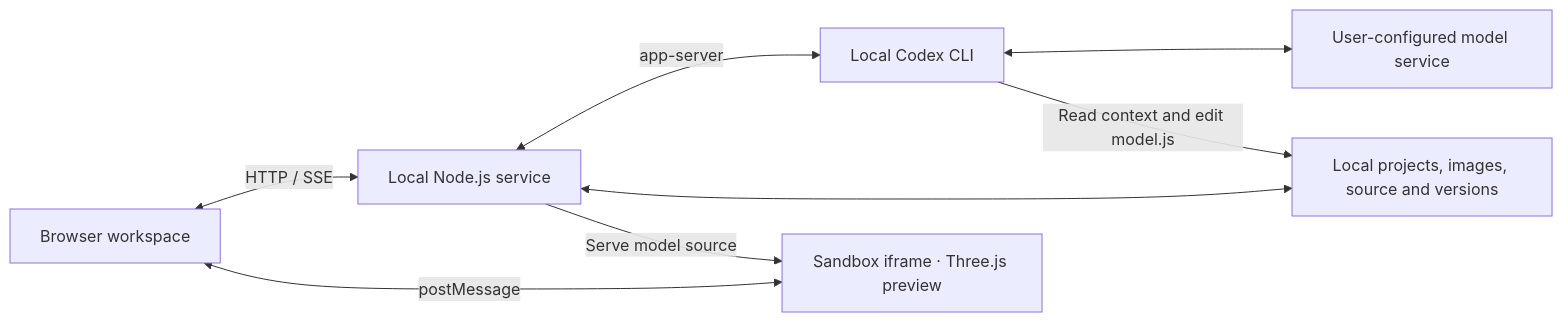
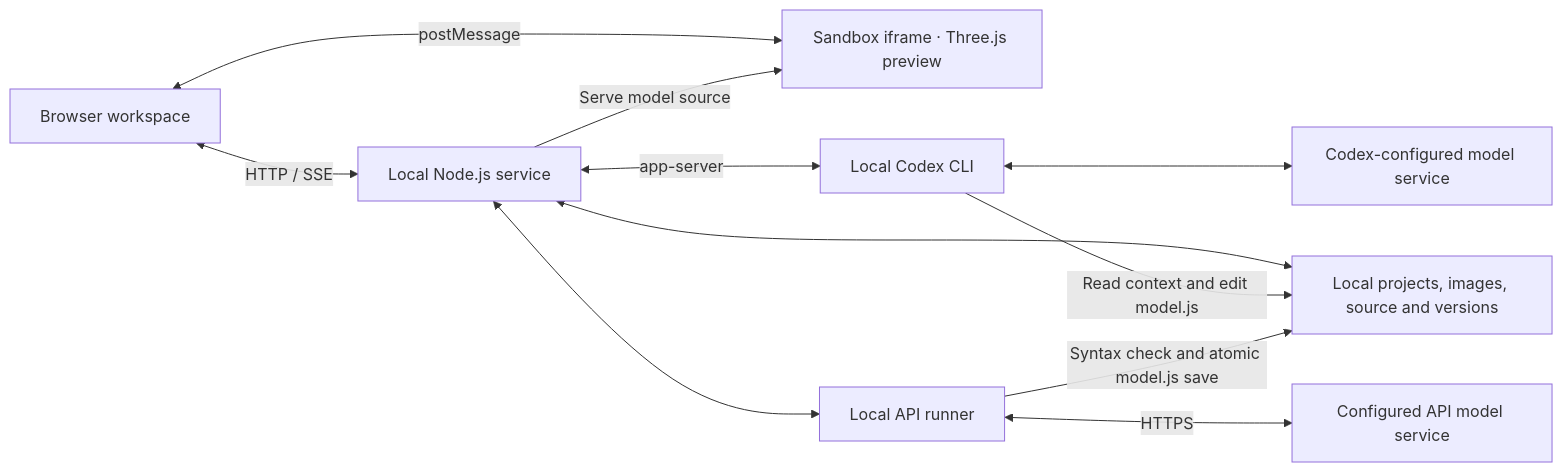
Before and after one commit to ToBeMaster-Mao/zaowu-studio: the diagram in README.en.md, drawn with Mermaid. The commit also changed other lines of this file and 23 other files, not shown here.

Commit message:
Add workspace settings, concurrent tasks and model API providers

````diff
--- a/README.en.md
+++ b/README.en.md
@@ -84,10 +110,13 @@
 ```mermaid
 flowchart LR
   UI["Browser workspace"] <-->|HTTP / SSE| Server["Local Node.js service"]
   UI <-->|postMessage| Viewer["Sandbox iframe · Three.js preview"]
   Server <-->|app-server| Codex["Local Codex CLI"]
-  Codex <--> Model["User-configured model service"]
+  Codex <--> Model["Codex-configured model service"]
+  Server <--> API["Local API runner"]
+  API <-->|HTTPS| Provider["Configured API model service"]
   Server <--> Files["Local projects, images, source and versions"]
   Codex -->|Read context and edit model.js| Files
+  API -->|Syntax check and atomic model.js save| Files
   Server -->|Serve model source| Viewer
 ```
````
